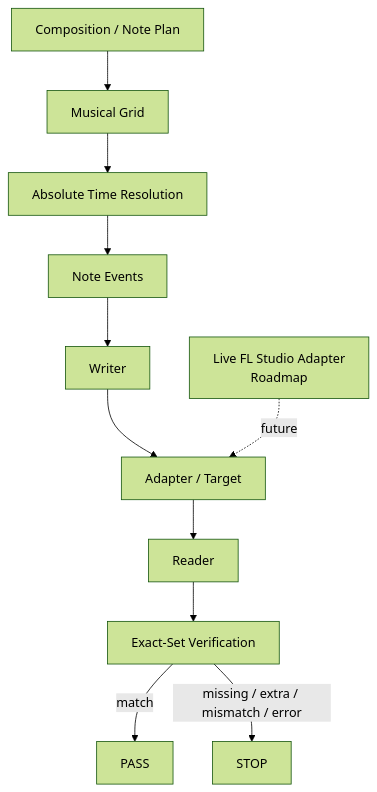
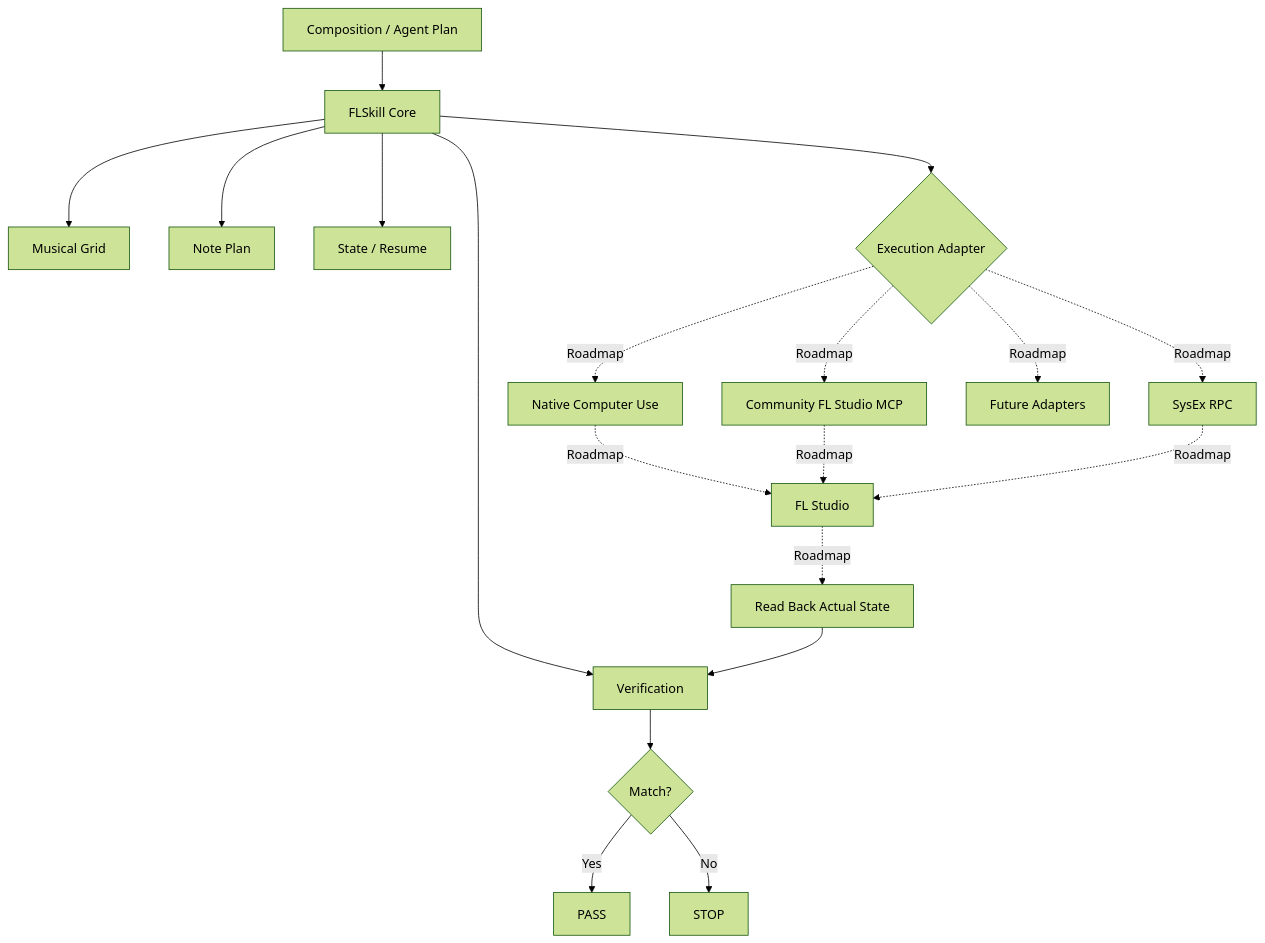
One commit to ryurikoneko/DAWLoop changed the diagram in README.md. Above: the diagram before and after it, drawn with Mermaid (forest theme). The commit also changed other lines of this file and 4 other files, not shown here.

Commit message:
docs: acknowledge FL Studio MCP as prior art and planned adapter

````diff
--- a/README.md
+++ b/README.md
@@ -23,14 +23,21 @@
 ```mermaid
 flowchart TD
-    A[Composition / Note Plan] --> B[Musical Grid]
-    B --> C[Absolute Time Resolution]
-    C --> D[Note Events]
-    D --> E[Writer]
-    E --> F[Adapter / Target]
-    F --> G[Reader]
-    G --> H[Exact-Set Verification]
-    H -->|match| I[PASS]
-    H -->|missing / extra / mismatch / error| J[STOP]
-
-    K[Live FL Studio Adapter\nRoadmap] -. future .-> F
+    A[Composition / Agent Plan] --> B[FLSkill Core]
+    B --> C[Musical Grid]
+    B --> D[Note Plan]
+    B --> E[Verification]
+    B --> F[State / Resume]
+    B --> G{Execution Adapter}
+    G -. Roadmap .-> H[Native Computer Use]
+    G -. Roadmap .-> I[Community FL Studio MCP]
+    G -. Roadmap .-> J[SysEx RPC]
+    G -. Roadmap .-> K[Future Adapters]
+    H -. Roadmap .-> L[FL Studio]
+    I -. Roadmap .-> L
+    J -. Roadmap .-> L
+    L -. Roadmap .-> M[Read Back Actual State]
+    M --> E
+    E --> N{Match?}
+    N -->|Yes| O[PASS]
+    N -->|No| P[STOP]
 ```
````
